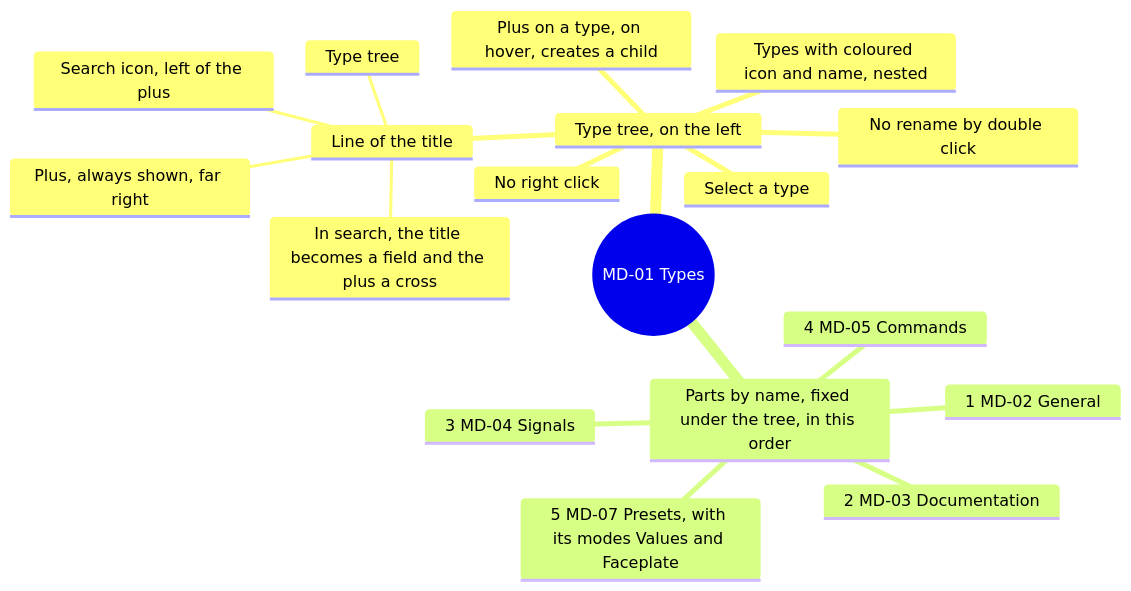
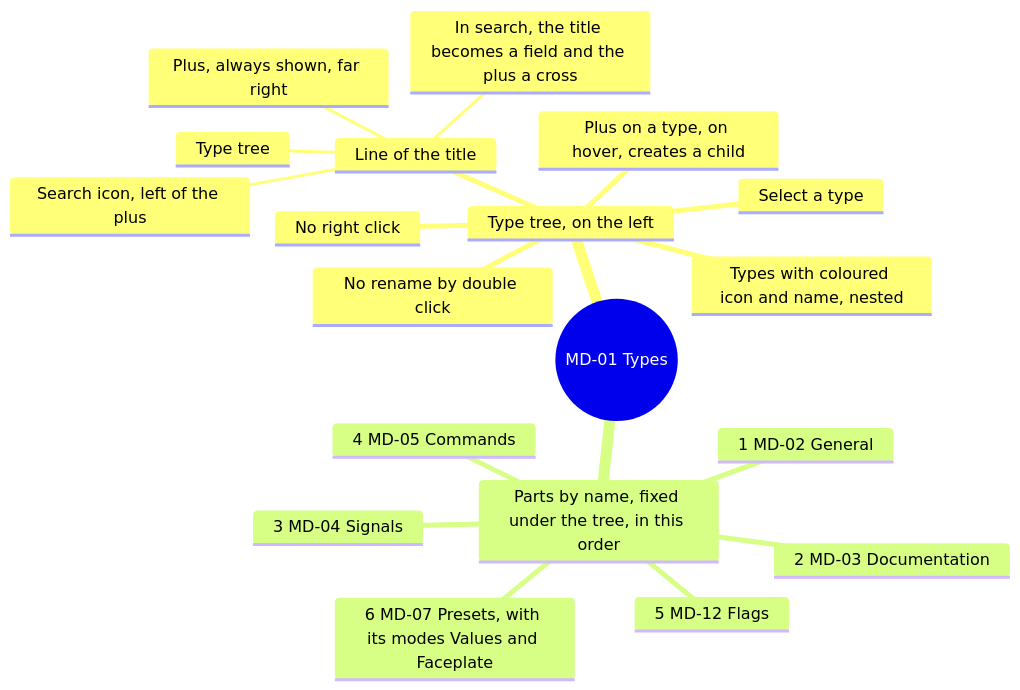
The second of 16 diagrams in screens/metadata.md (AlexandreGallais/synoptic-studio-spec), drawn with Mermaid before and after one commit. The commit also changed other lines of this file and 9 other files, not shown here.

````diff
--- a/screens/metadata.md
+++ b/screens/metadata.md
@@ -41,21 +41,22 @@
 ```mermaid
 mindmap
   root((MD-01 Types))
     Type tree, on the left
       Line of the title
         Type tree
         Search icon, left of the plus
         Plus, always shown, far right
         In search, the title becomes a field and the plus a cross
       Types with coloured icon and name, nested
       Plus on a type, on hover, creates a child
       Select a type
       No right click
       No rename by double click
     Parts by name, fixed under the tree, in this order
       1 MD-02 General
       2 MD-03 Documentation
       3 MD-04 Signals
       4 MD-05 Commands
-      5 MD-07 Presets, with its modes Values and Faceplate
+      5 MD-12 Flags
+      6 MD-07 Presets, with its modes Values and Faceplate
 ```
````
